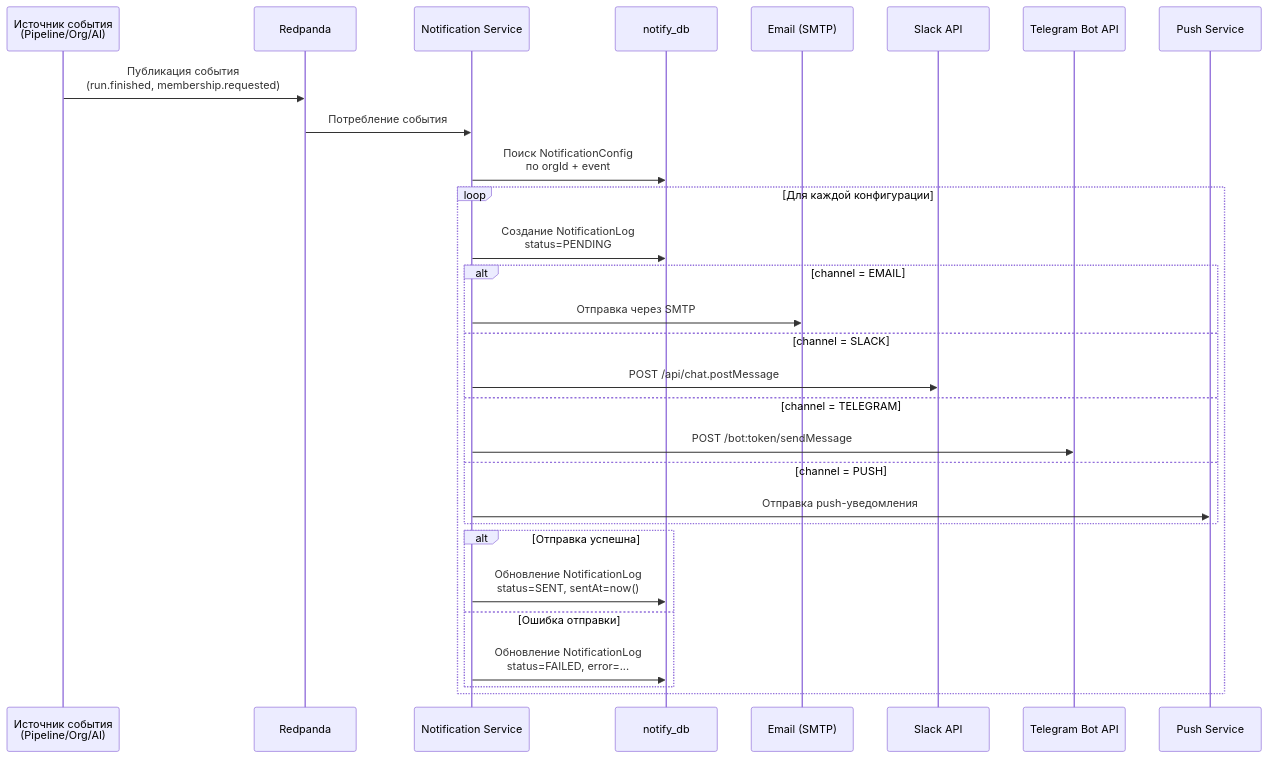
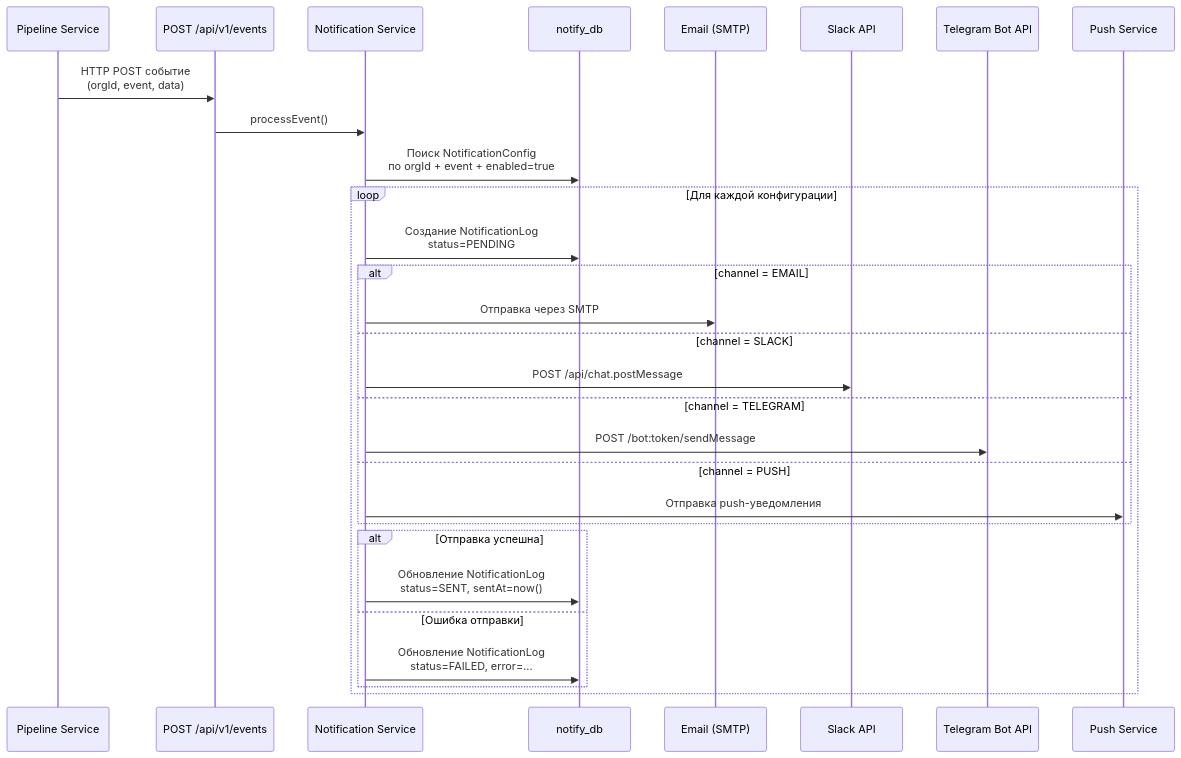
The diagram in docs/ru/services/notification.md (micode-ai/testing-ai-assistant), drawn with Mermaid before and after one commit. The commit also changed other lines of this file and 17 other files, not shown here.

Commit message:
TAA-11 Fix notification settings - API endpoint path mismatch

````diff
--- a/docs/ru/services/notification.md
+++ b/docs/ru/services/notification.md
@@ -59,36 +119,35 @@
 ```mermaid
 sequenceDiagram
-    participant SRC as Источник события<br/>(Pipeline/Org/AI)
-    participant RP as Redpanda
+    participant Pipeline as Pipeline Service
+    participant NotifyAPI as POST /api/v1/events
     participant NOT as Notification Service
     participant DB as notify_db
     participant EMAIL as Email (SMTP)
     participant SLACK as Slack API
     participant TG as Telegram Bot API
     participant PUSH as Push Service
 
-    SRC->>RP: Публикация события<br/>(run.finished, membership.requested)
-    RP->>NOT: Потребление события
-
-    NOT->>DB: Поиск NotificationConfig<br/>по orgId + event
+    Pipeline->>NotifyAPI: HTTP POST событие<br/>(orgId, event, data)
+    NotifyAPI->>NOT: processEvent()
+    NOT->>DB: Поиск NotificationConfig<br/>по orgId + event + enabled=true
 
     loop Для каждой конфигурации
         NOT->>DB: Создание NotificationLog<br/>status=PENDING
 
         alt channel = EMAIL
             NOT->>EMAIL: Отправка через SMTP
         else channel = SLACK
             NOT->>SLACK: POST /api/chat.postMessage
         else channel = TELEGRAM
             NOT->>TG: POST /bot:token/sendMessage
         else channel = PUSH
             NOT->>PUSH: Отправка push-уведомления
         end
 
         alt Отправка успешна
             NOT->>DB: Обновление NotificationLog<br/>status=SENT, sentAt=now()
         else Ошибка отправки
             NOT->>DB: Обновление NotificationLog<br/>status=FAILED, error=...
         end
     end
 ```
````
